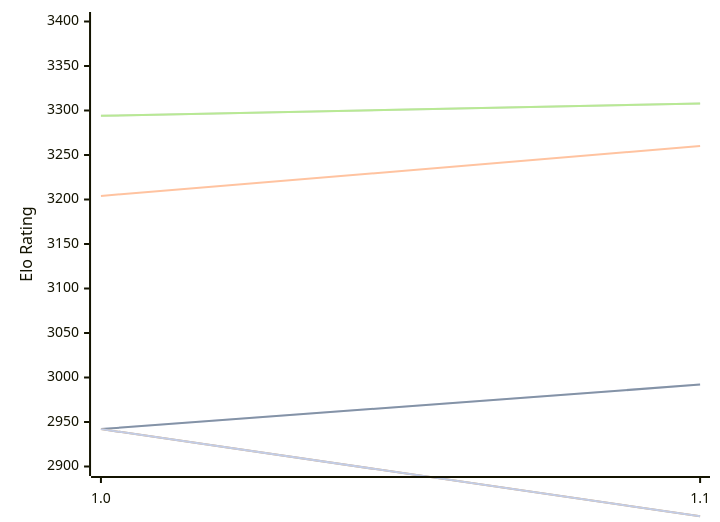
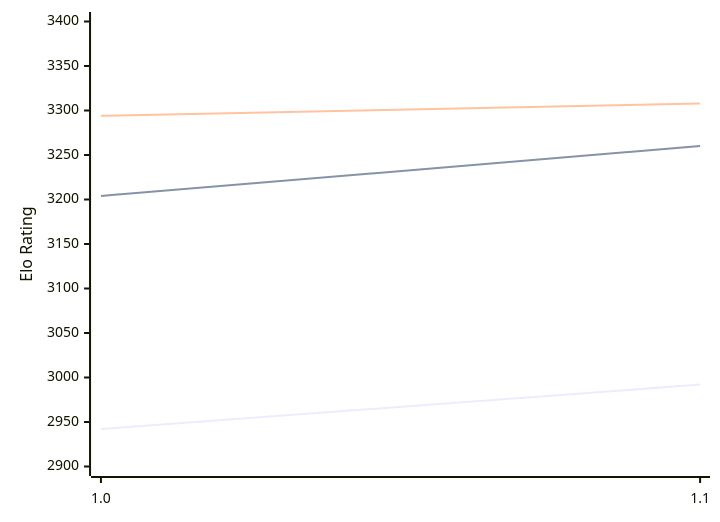
Before and after one commit to computer-chess-index/cci: the diagram in engines/RodentV.md, drawn with Mermaid. The commit also changed other lines of this file, not shown here.

````diff
--- a/engines/RodentV.md
+++ b/engines/RodentV.md
@@ -48,13 +48,9 @@
 ```mermaid
 %%{init: {"theme":"base","themeVariables":{"seriesColors:['#a3a3a3','#222221','#faa371']}}}%%
 xychart-beta
   x-axis ["1.0", "1.1"]
   y-axis "Elo Rating" 2900 --> 3400
-  line "" [2942, 2992]
   line "T1: STC (8.0+0.08s)" [2942, 2992]
   line "T1: LTC (60.0+0.60s)" [3204, 3260]
-  line "" [3294, 3308]
   line "T1: VLTC (2m24s+1.12s)" [3294, 3308]
-  line "" [2942,2844]
-  line "E1: STC (8.0+0.08s)" [2942,2844]
 ```
````
